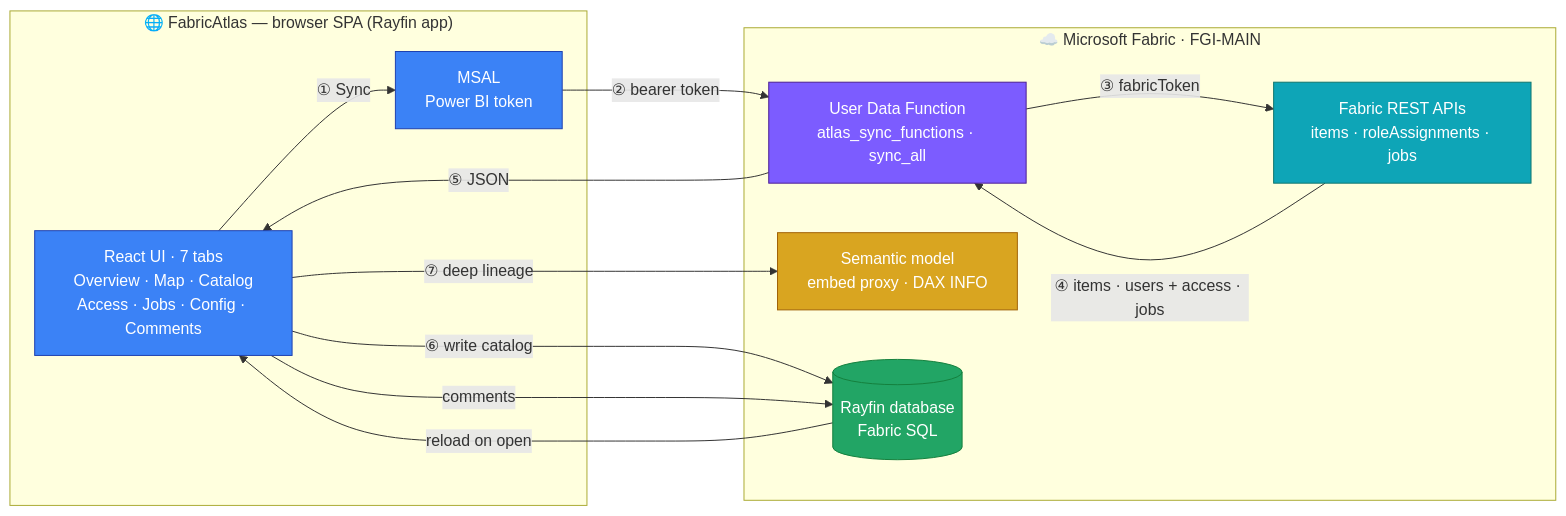
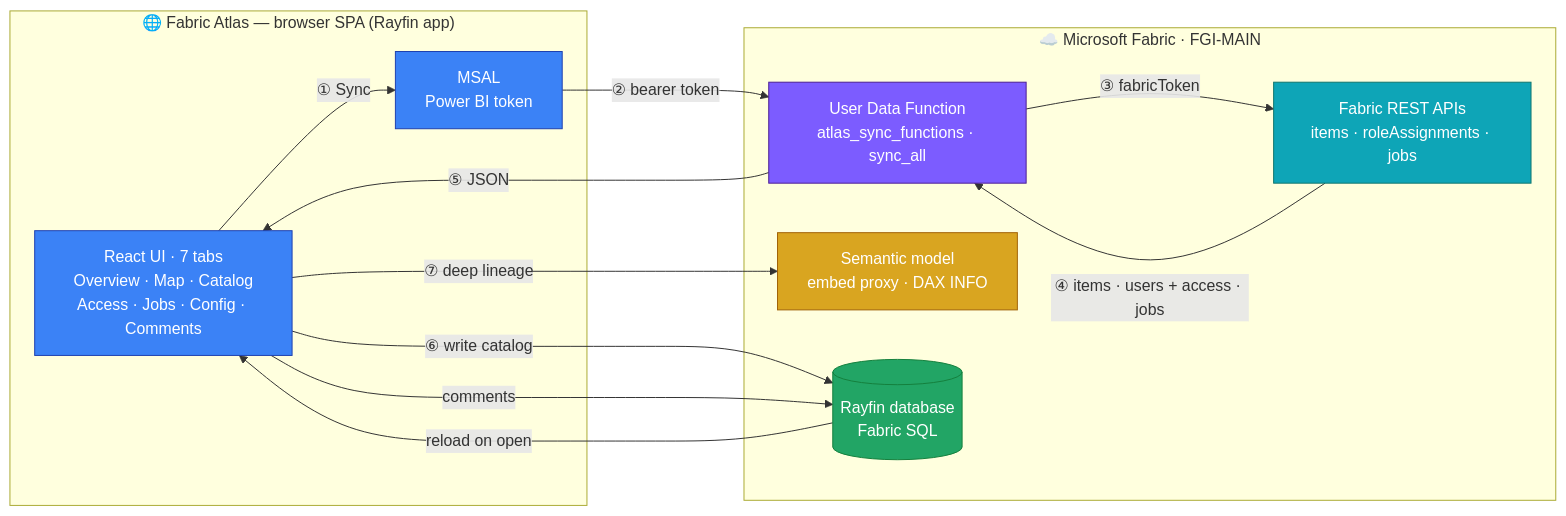
The diagram in README.md (fredgis/FabricAtlas), drawn with Mermaid before and after one commit. The commit also changed other lines of this file and 12 other files, not shown here.

First line of the commit message:
Real lineage (report->model->lakehouse), rename to Fabric Atlas, light default

````diff
--- a/README.md
+++ b/README.md
@@ -96,36 +96,36 @@
 ```mermaid
 flowchart LR
-  subgraph B["🌐 FabricAtlas — browser SPA (Rayfin app)"]
+  subgraph B["🌐 Fabric Atlas — browser SPA (Rayfin app)"]
     UI["React UI · 7 tabs<br/>Overview · Map · Catalog<br/>Access · Jobs · Config · Comments"]
     MSAL["MSAL<br/>Power BI token"]
   end
 
   subgraph F["☁️ Microsoft Fabric · FGI-MAIN"]
     UDF["User Data Function<br/>atlas_sync_functions · sync_all"]
     REST["Fabric REST APIs<br/>items · roleAssignments · jobs"]
     SM["Semantic model<br/>embed proxy · DAX INFO"]
     DB[("Rayfin database<br/>Fabric SQL")]
   end
 
   UI -- "① Sync" --> MSAL
   MSAL -- "② bearer token" --> UDF
   UDF -- "③ fabricToken" --> REST
   REST -- "④ items · users + access · jobs" --> UDF
   UDF -- "⑤ JSON" --> UI
   UI -- "⑥ write catalog" --> DB
   UI -- "⑦ deep lineage" --> SM
   UI -- "comments" --> DB
   DB -- "reload on open" --> UI
 
   classDef browser fill:#3b82f6,stroke:#1e40af,color:#fff;
   classDef udf fill:#7c5cff,stroke:#4c1d95,color:#fff;
   classDef rest fill:#0ea5b7,stroke:#0f766e,color:#fff;
   classDef db fill:#22a565,stroke:#15803d,color:#fff;
   classDef sm fill:#d9a520,stroke:#a16207,color:#fff;
 
   class UI,MSAL browser;
   class UDF udf;
   class REST rest;
   class DB db;
   class SM sm;
 ```
````
